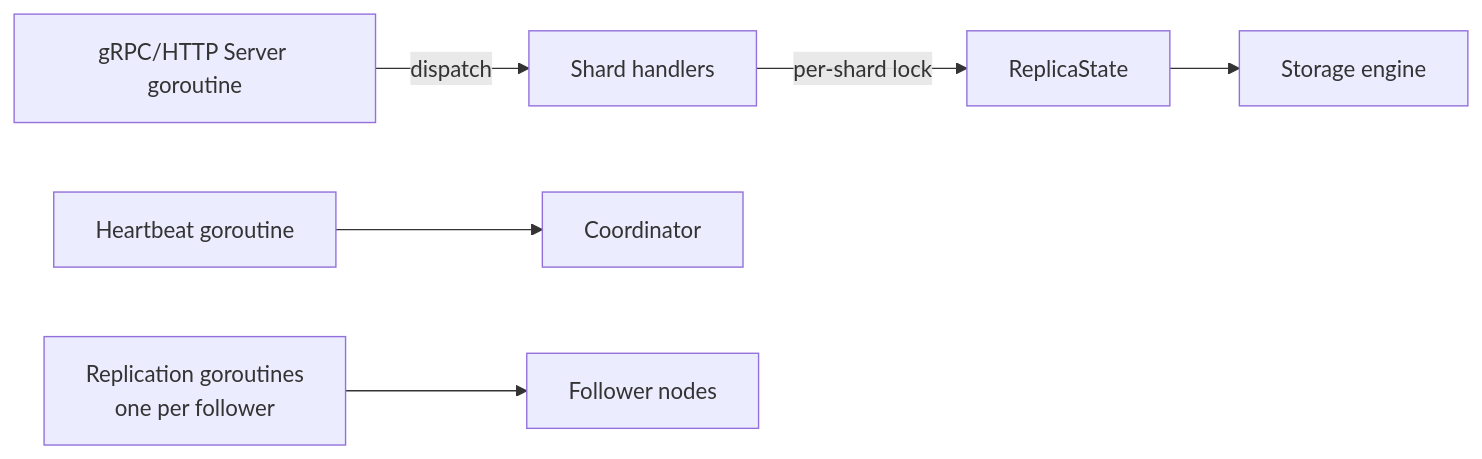
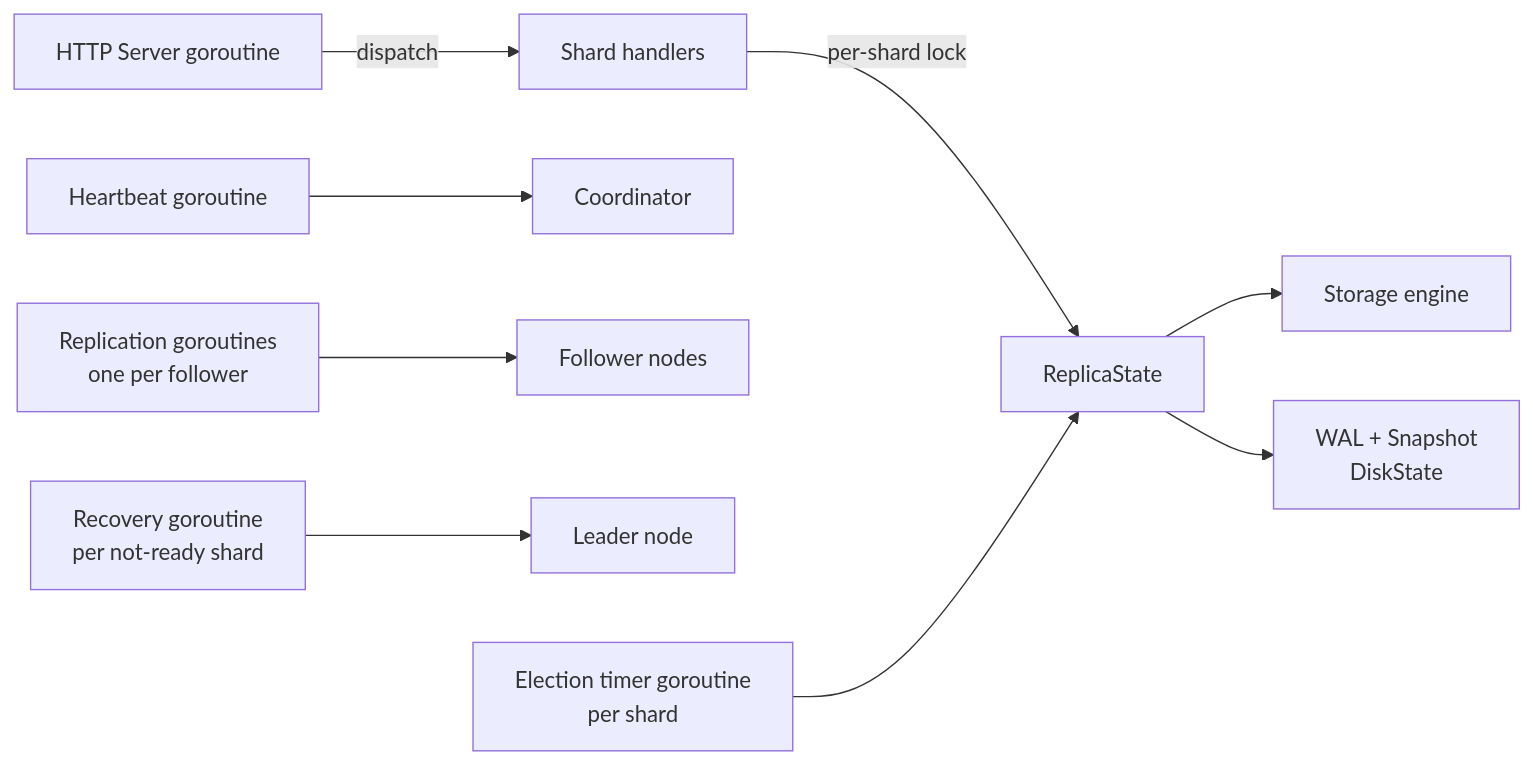
Before and after one commit to davecarr1024/doki: diagram 16 of 16 in docs/architecture.md, drawn with Mermaid. The commit also changed other lines of this file and 5 other files, not shown here.

````diff
--- a/docs/architecture.md
+++ b/docs/architecture.md
@@ -307,8 +405,11 @@
 ```mermaid
 graph LR
-    GS[gRPC/HTTP Server goroutine] --> |dispatch| SH[Shard handlers]
+    GS[HTTP Server goroutine] --> |dispatch| SH[Shard handlers]
     SH --> |per-shard lock| RS[ReplicaState]
     HR[Heartbeat goroutine] --> CO[Coordinator]
     RP[Replication goroutines\none per follower] --> FN[Follower nodes]
+    RC[Recovery goroutine\nper not-ready shard] --> LN[Leader node]
+    EL[Election timer goroutine\nper shard] --> RS
     RS --> KV[Storage engine]
+    RS --> WL[WAL + Snapshot\nDiskState]
 ```
````
